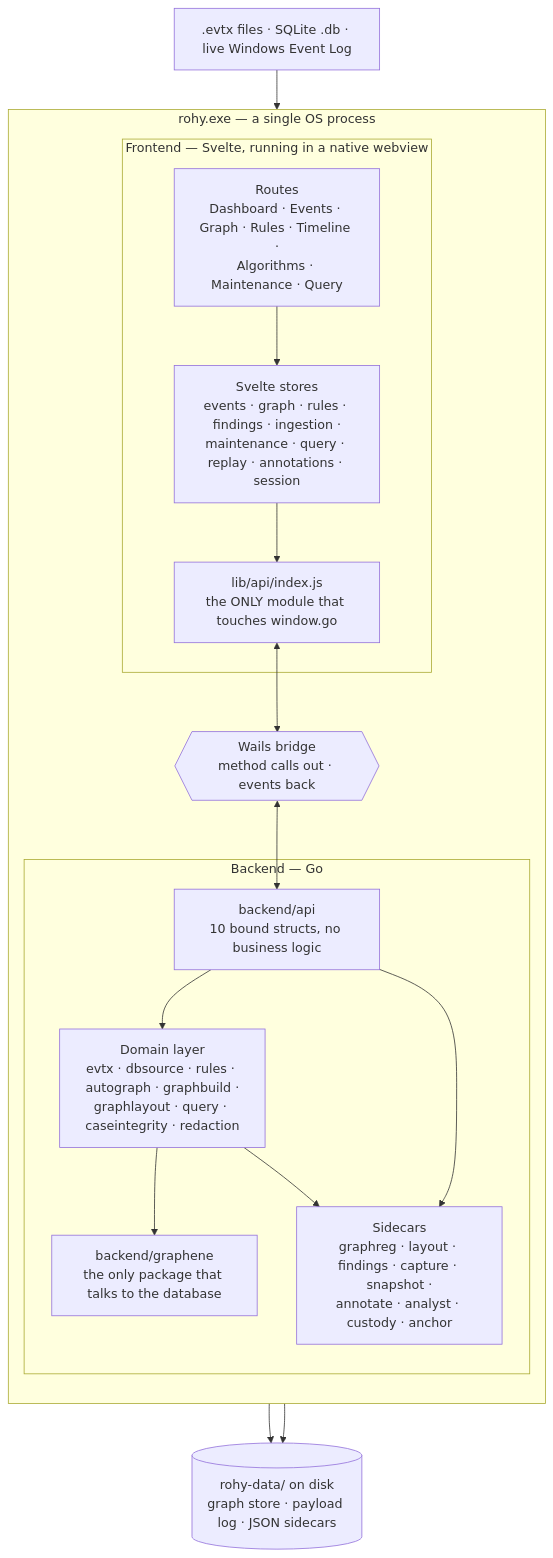
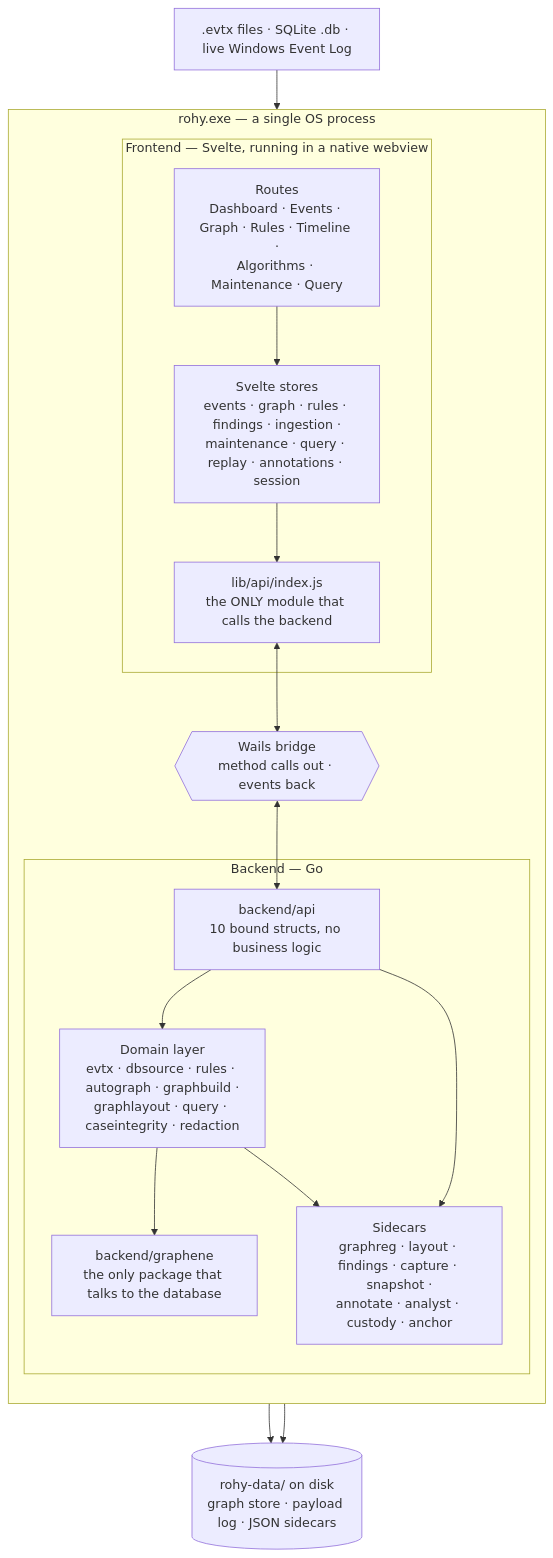
One commit to aoiflux/rohy changed the first of 22 diagrams in LLD.md. Above: the diagram before and after it, drawn with Mermaid. The commit also changed other lines of this file and 5 other files, not shown here.

````diff
--- a/LLD.md
+++ b/LLD.md
@@ -71,32 +71,32 @@
 ```mermaid
 flowchart TB
     subgraph proc["rohy.exe — a single OS process"]
         direction TB
         subgraph fe["Frontend — Svelte, running in a native webview"]
             routes["Routes<br/>Dashboard · Events · Graph · Rules · Timeline ·<br/>Algorithms · Maintenance · Query"]
             stores["Svelte stores<br/>events · graph · rules · findings · ingestion ·<br/>maintenance · query · replay · annotations · session"]
-            apiw["lib/api/index.js<br/>the ONLY module that touches window.go"]
+            apiw["lib/api/index.js<br/>the ONLY module that calls the backend"]
             routes --> stores --> apiw
         end
 
         bridge{{"Wails bridge<br/>method calls out · events back"}}
 
         subgraph be["Backend — Go"]
             bind["backend/api<br/>10 bound structs, no business logic"]
             work["Domain layer<br/>evtx · dbsource · rules · autograph · graphbuild ·<br/>graphlayout · query · caseintegrity · redaction"]
             persist["backend/graphene<br/>the only package that talks to the database"]
             side["Sidecars<br/>graphreg · layout · findings · capture · snapshot ·<br/>annotate · analyst · custody · anchor"]
             bind --> work --> persist
             bind --> side
             work --> side
         end
 
         apiw <--> bridge <--> bind
     end
 
     disk[("rohy-data/ on disk<br/>graph store · payload log · JSON sidecars")]
     persist --> disk
     side --> disk
 
     src[".evtx files · SQLite .db · live Windows Event Log"] --> work
 ```
````
